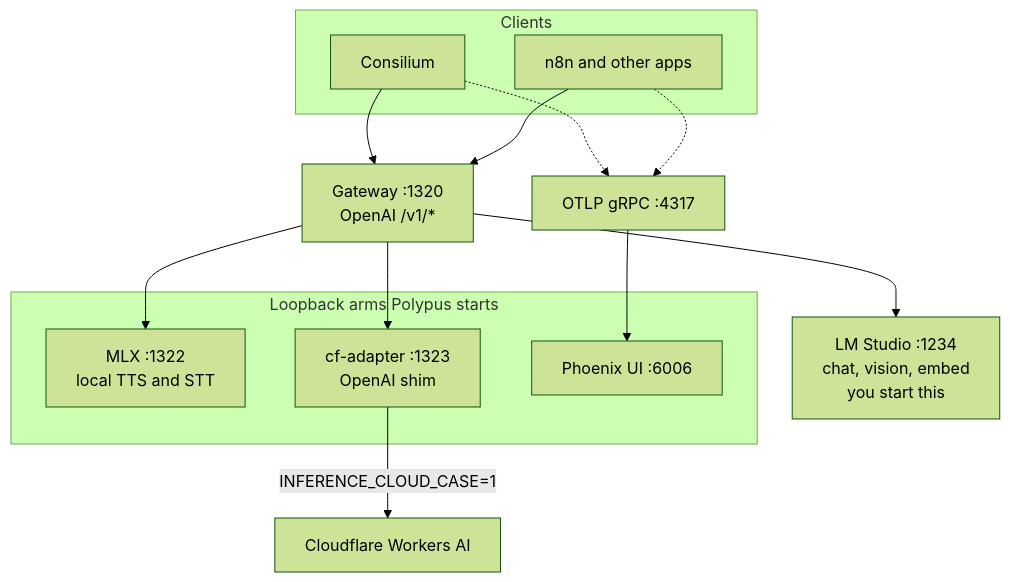
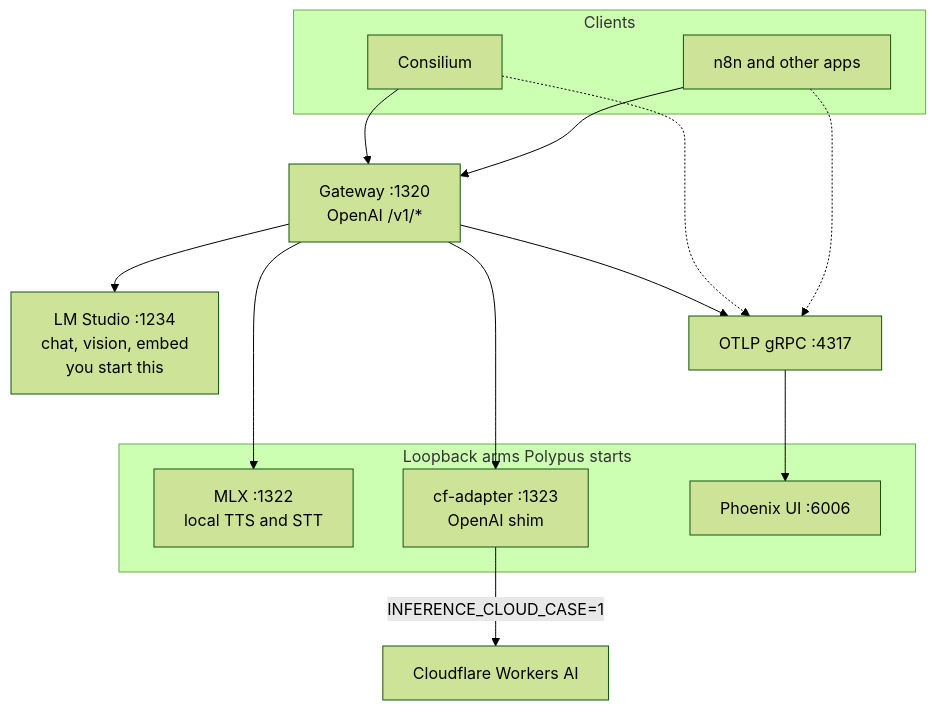
Before and after one commit to behaviorengineering/polypus: the diagram in README.md, drawn with Mermaid (forest theme). The commit also changed other lines of this file and 24 other files, not shown here.

````diff
--- a/README.md
+++ b/README.md
@@ -11,29 +11,30 @@
 ```mermaid
 flowchart TB
   subgraph clients [Clients]
     C[Consilium]
     N[n8n and other apps]
   end
 
   G["Gateway :1320<br/>OpenAI /v1/*"]
 
   subgraph arms [Loopback arms Polypus starts]
     M["MLX :1322<br/>local TTS and STT"]
     A["cf-adapter :1323<br/>OpenAI shim"]
     P["Phoenix UI :6006"]
   end
 
   LMS["LM Studio :1234<br/>chat, vision, embed<br/>you start this"]
   CF[Cloudflare Workers AI]
   OTLP["OTLP gRPC :4317"]
 
   C --> G
   N --> G
   G --> M
   G --> A
   G --> LMS
+  G --> OTLP
   A -->|"INFERENCE_CLOUD_CASE=1"| CF
   C -.-> OTLP
   N -.-> OTLP
   OTLP --> P
 ```
````
